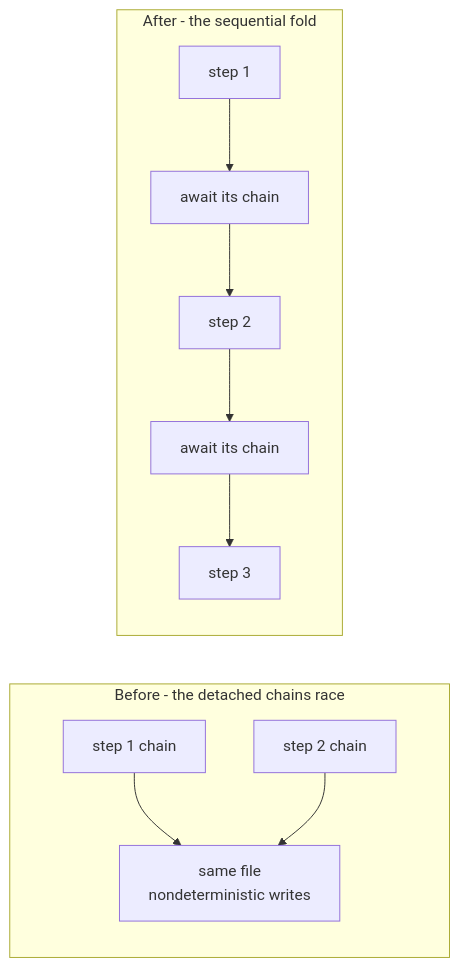
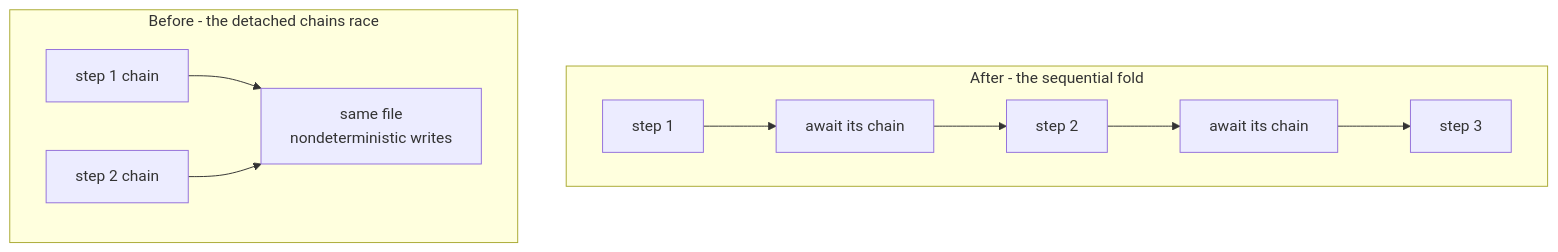
One commit to PlayForm/Site-DeepSeek changed the diagram in Source/Content/Mermaid/case-p5-fold.mmd. Above: the diagram before and after it, drawn with Mermaid. The commit also changed 19 other files, not shown here.

```diff
--- a/Source/Content/Mermaid/case-p5-fold.mmd
+++ b/Source/Content/Mermaid/case-p5-fold.mmd
@@ -1,8 +1,11 @@
 flowchart LR
 	subgraph RACE["Before - the detached chains race"]
+		direction LR
 		A["step 1 chain"] --> X["same file<br/>nondeterministic writes"]
 		B["step 2 chain"] --> X
 	end
 	subgraph FOLD["After - the sequential fold"]
+		direction LR
 		S1["step 1"] --> W1["await its chain"] --> S2["step 2"] --> W2["await its chain"] --> S3["step 3"]
 	end
+	RACE ~~~ FOLD
```
